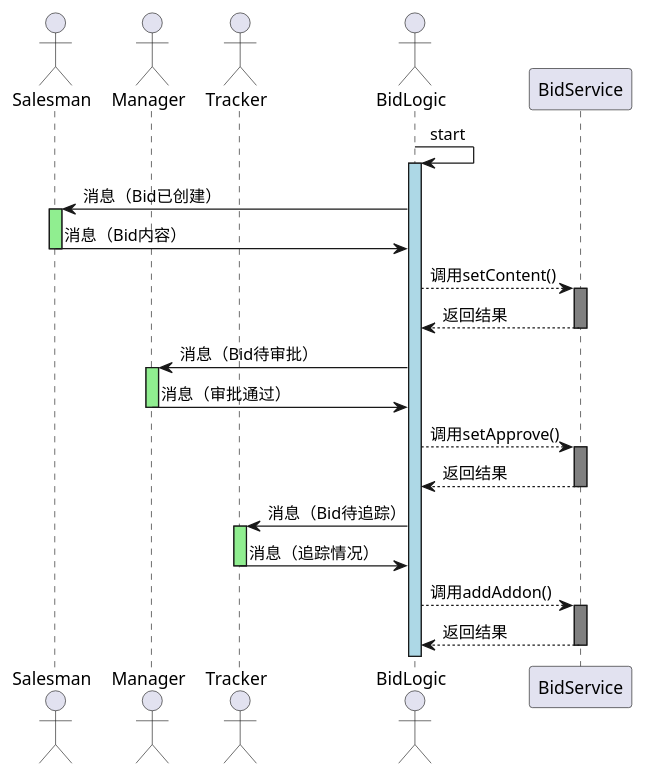
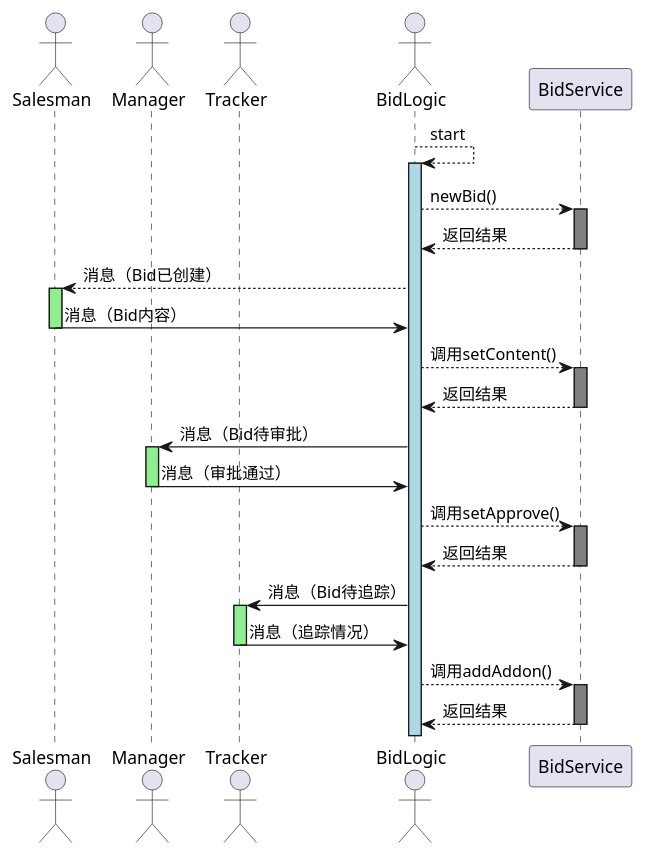
Before and after one commit to caochun/chartd: the diagram in uml/actor2.pu, drawn with PlantUML. The commit also changed 2 other files, not shown here.

```diff
--- a/uml/actor2.pu
+++ b/uml/actor2.pu
@@ -1,25 +1,26 @@
 @startuml
 
 
 actor Salesman as salesman
 actor Manager as manager
 actor Tracker as tracker
 actor BidLogic as bidLogic
 participant BidService     as service
-
-bidLogic -> bidLogic ++ #lightblue: start
-bidLogic -> salesman ++ #lightgreen: 消息（Bid已创建）
+bidLogic --> bidLogic ++ #lightblue: start
+bidLogic --> service ++#grey: newBid()
+service --> bidLogic --: 返回结果
+bidLogic --> salesman ++ #lightgreen: 消息（Bid已创建）
 salesman -> bidLogic --: 消息（Bid内容）
 bidLogic --> service ++ #grey: 调用setContent()
 service --> bidLogic --: 返回结果
 bidLogic -> manager ++ #lightgreen: 消息（Bid待审批）
 manager -> bidLogic --: 消息（审批通过）
 bidLogic --> service ++ #grey: 调用setApprove()
 service --> bidLogic --: 返回结果
 bidLogic -> tracker ++ #lightgreen: 消息（Bid待追踪）
 tracker -> bidLogic --: 消息（追踪情况）
 bidLogic --> service ++ #grey: 调用addAddon()
 service --> bidLogic --: 返回结果
 
 
 @enduml
```
